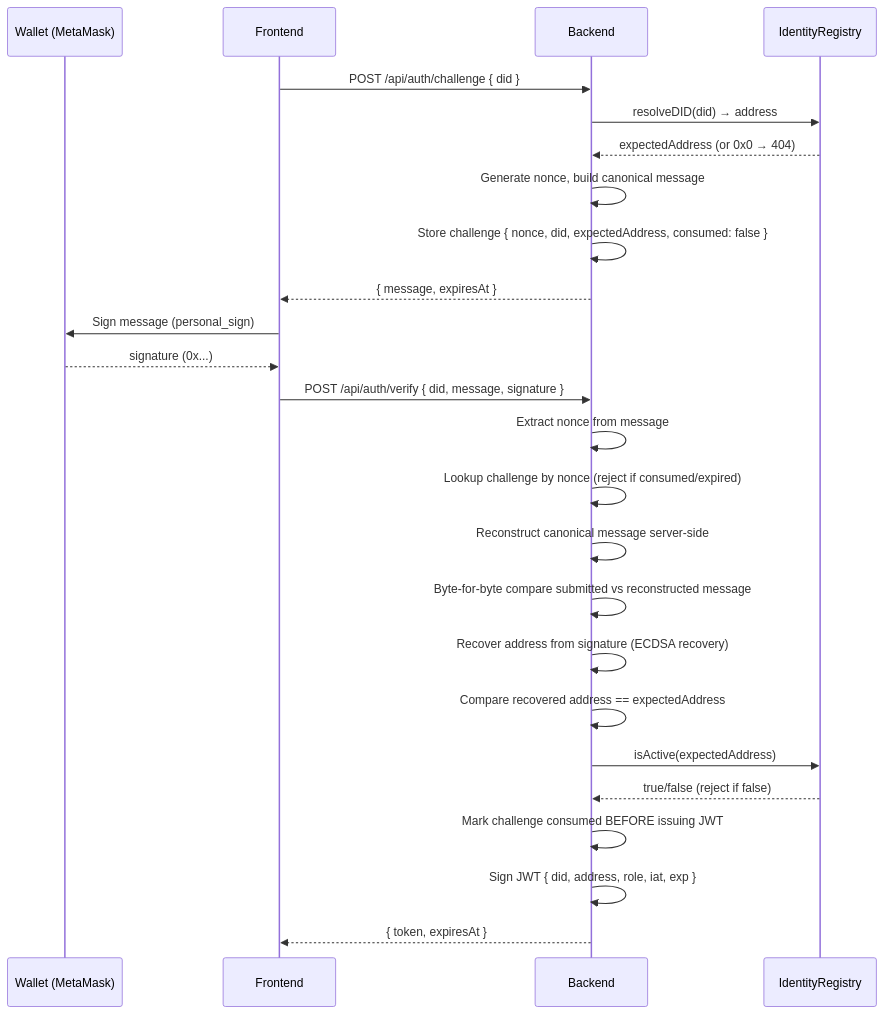
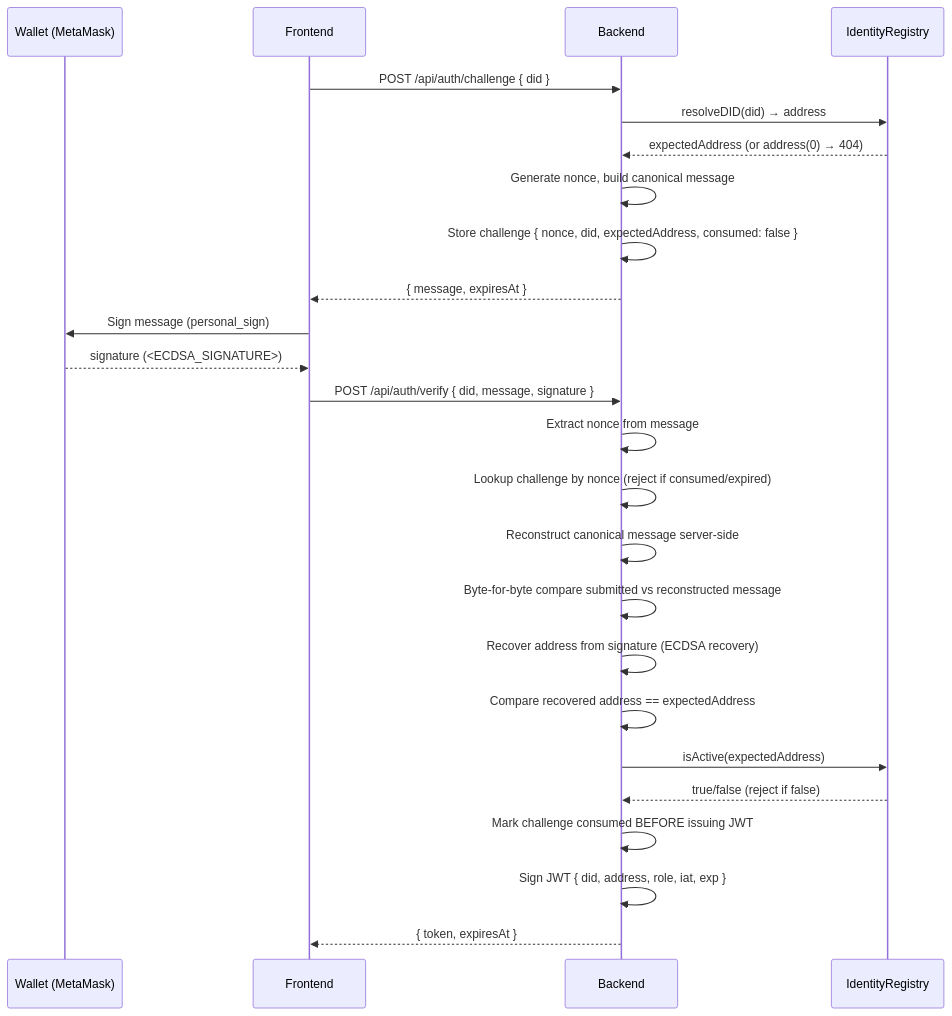
One commit to RajveerSinghBisht/TrustLedger changed the fourth of 10 diagrams in trustledger/docs/PRAMAAN_Project_Documentation.md. Above: the diagram before and after it, drawn with Mermaid. The commit also changed other lines of this file and 17 other files, not shown here.

````diff
--- a/trustledger/docs/PRAMAAN_Project_Documentation.md
+++ b/trustledger/docs/PRAMAAN_Project_Documentation.md
@@ -395,28 +395,28 @@
 ```mermaid
 sequenceDiagram
     participant W as Wallet (MetaMask)
     participant F as Frontend
     participant B as Backend
     participant IR as IdentityRegistry
 
     F->>B: POST /api/auth/challenge { did }
     B->>IR: resolveDID(did) → address
-    IR-->>B: expectedAddress (or 0x0 → 404)
+    IR-->>B: expectedAddress (or address(0) → 404)
     B->>B: Generate nonce, build canonical message
     B->>B: Store challenge { nonce, did, expectedAddress, consumed: false }
     B-->>F: { message, expiresAt }
     F->>W: Sign message (personal_sign)
-    W-->>F: signature (0x...)
+    W-->>F: signature (<ECDSA_SIGNATURE>)
     F->>B: POST /api/auth/verify { did, message, signature }
     B->>B: Extract nonce from message
     B->>B: Lookup challenge by nonce (reject if consumed/expired)
     B->>B: Reconstruct canonical message server-side
     B->>B: Byte-for-byte compare submitted vs reconstructed message
     B->>B: Recover address from signature (ECDSA recovery)
     B->>B: Compare recovered address == expectedAddress
     B->>IR: isActive(expectedAddress)
     IR-->>B: true/false (reject if false)
     B->>B: Mark challenge consumed BEFORE issuing JWT
     B->>B: Sign JWT { did, address, role, iat, exp }
     B-->>F: { token, expiresAt }
 ```
````
